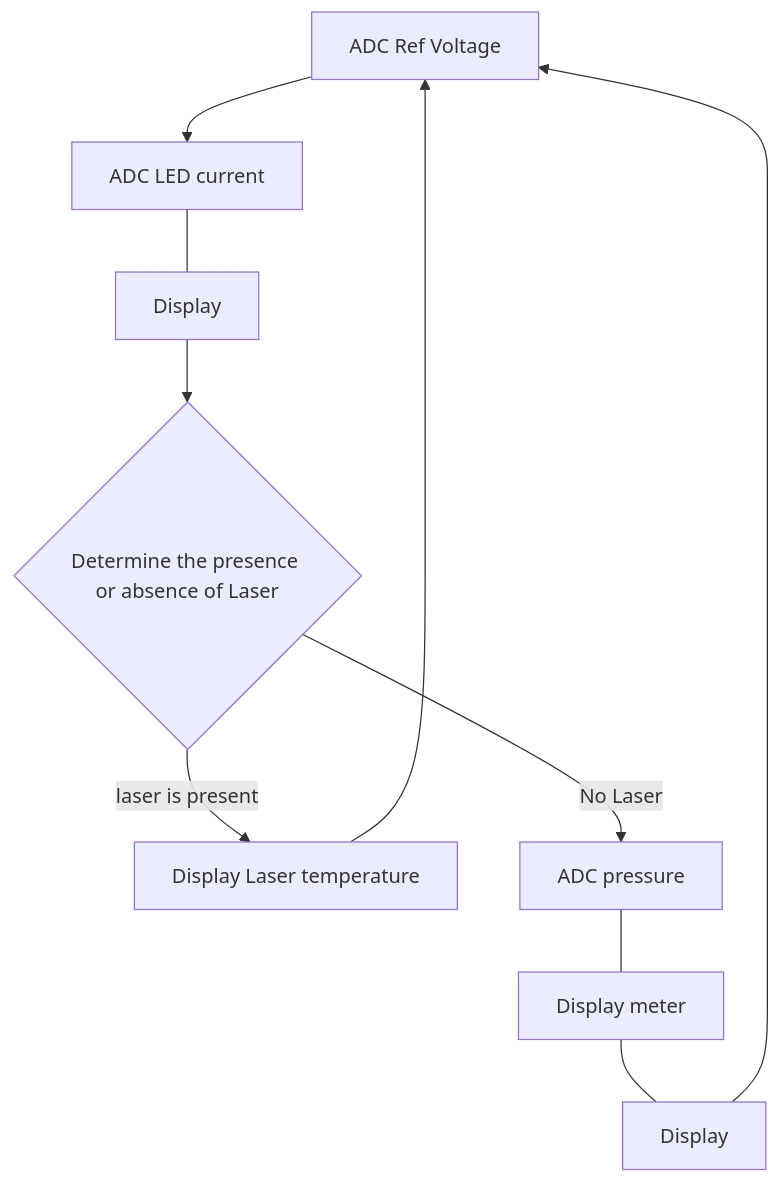
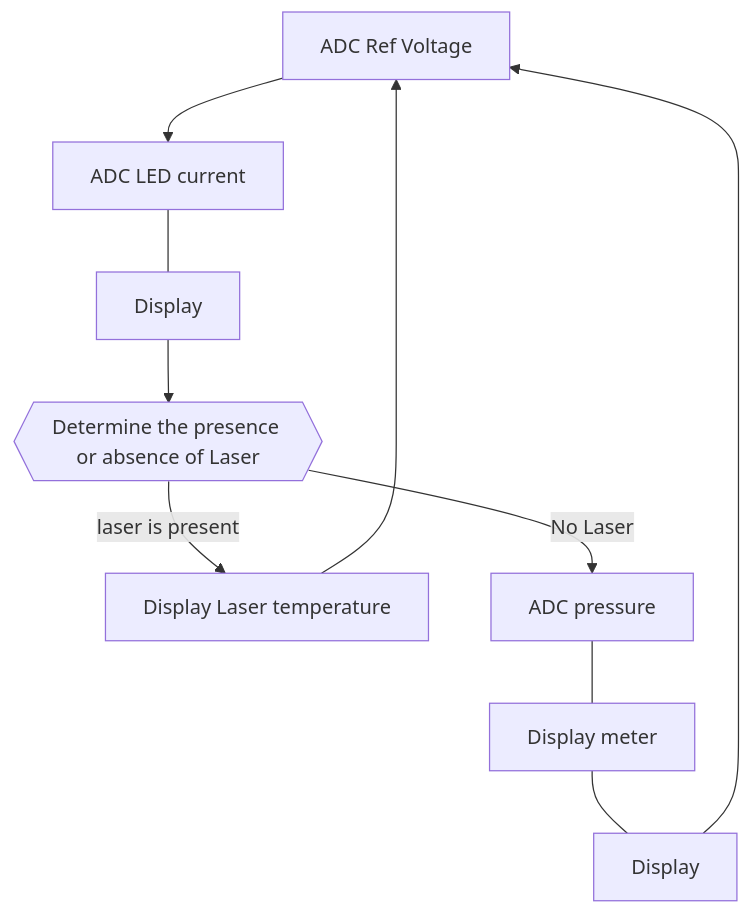
One commit to agysft/CPnP_Z changed the diagram in README.md. Above: the diagram before and after it, drawn with Mermaid.

````diff
--- a/README.md
+++ b/README.md
@@ -5,12 +5,12 @@
 ```mermaid
 flowchart TD;
     A[ADC Ref Voltage]-->B[ADC LED current];
     B---H[Display];
-    H-->C{Determine the presence or absence of Laser};
+    H-->C{{Determine the presence or absence of Laser}};
     C-->|laser is present|D[Display Laser temperature];
     D-->A;
     C-->|No Laser|E[ADC pressure];
     E---F[Display meter];
     F---G[Display];
     G-->A;
 ```
````
